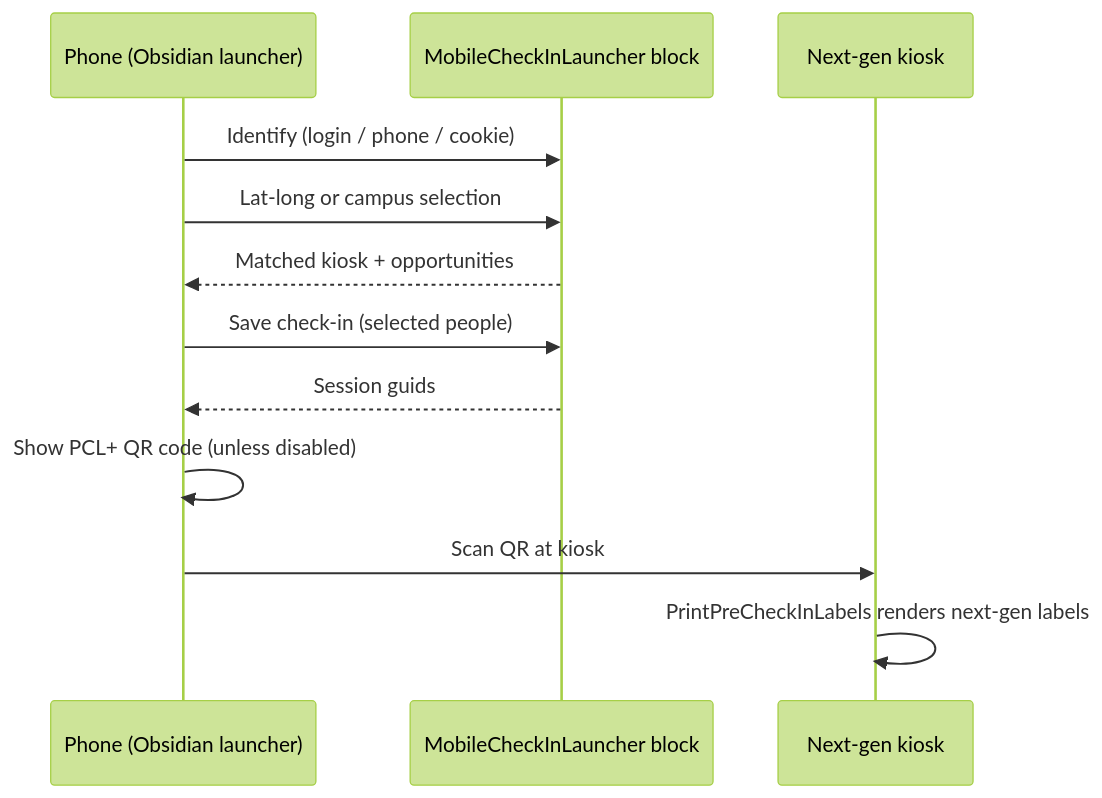
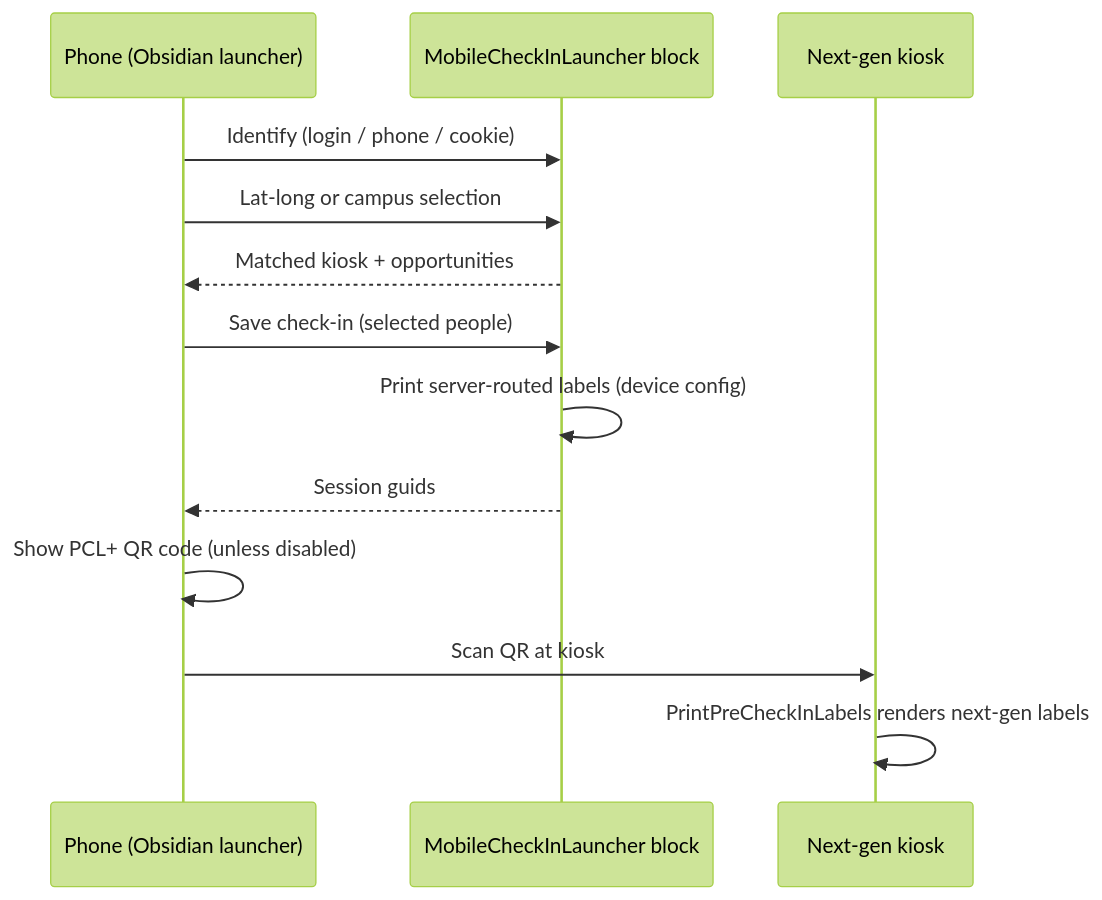
The diagram in specs/260805-mobile-check-in-launcher-obsidian-conversion.md (SparkDevNetwork/Rock), drawn with Mermaid (forest theme) before and after one commit. The commit also changed other lines of this file and 1 other file, not shown here.

Commit message:
- Added immediate printing of server-routed labels to the Mobile Check-in Launcher block, restoring legacy parity: a kiosk device configured to print from the server now prints the moment check-in completes on the phone, before any QR code is scanned.

````diff
--- a/specs/260805-mobile-check-in-launcher-obsidian-conversion.md
+++ b/specs/260805-mobile-check-in-launcher-obsidian-conversion.md
@@ -97,15 +100,16 @@
 ```mermaid
 sequenceDiagram
     participant P as Phone (Obsidian launcher)
     participant S as MobileCheckInLauncher block
     participant K as Next-gen kiosk
 
     P->>S: Identify (login / phone / cookie)
     P->>S: Lat-long or campus selection
     S-->>P: Matched kiosk + opportunities
     P->>S: Save check-in (selected people)
+    S->>S: Print server-routed labels (device config)
     S-->>P: Session guids
     P->>P: Show PCL+ QR code (unless disabled)
     P->>K: Scan QR at kiosk
     K->>K: PrintPreCheckInLabels renders next-gen labels
 ```
````
